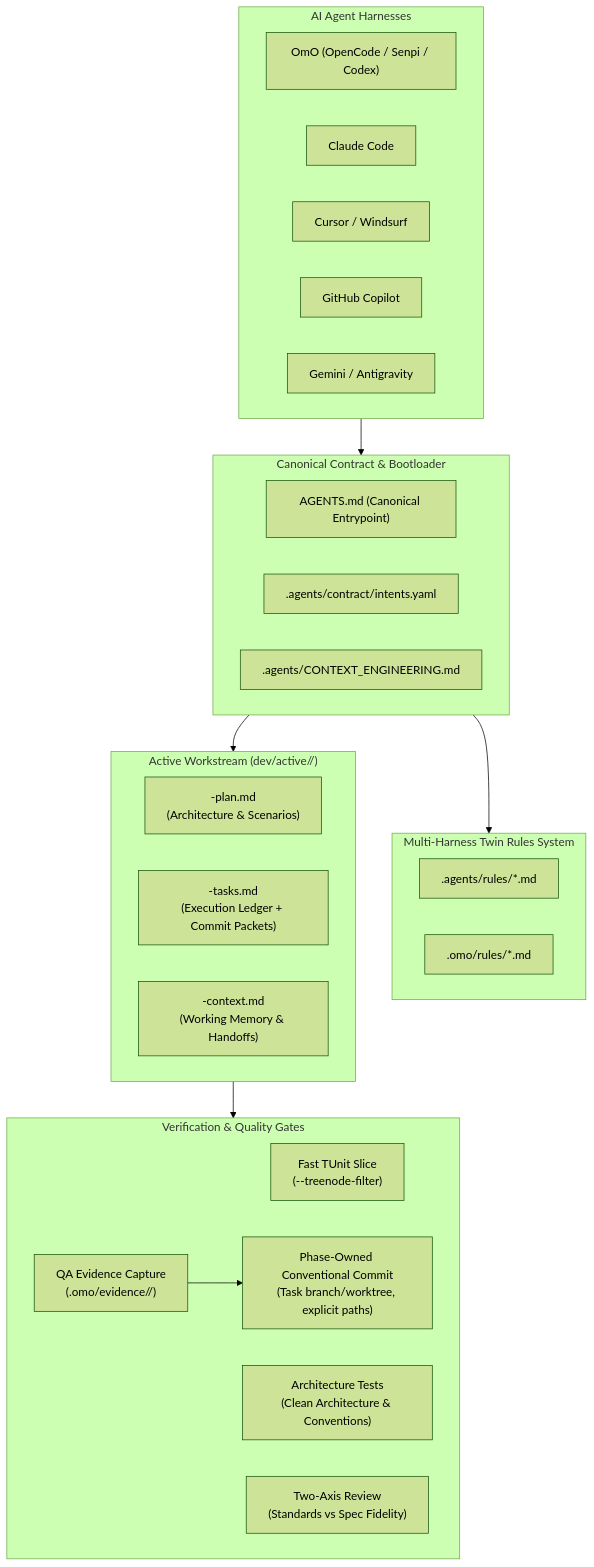
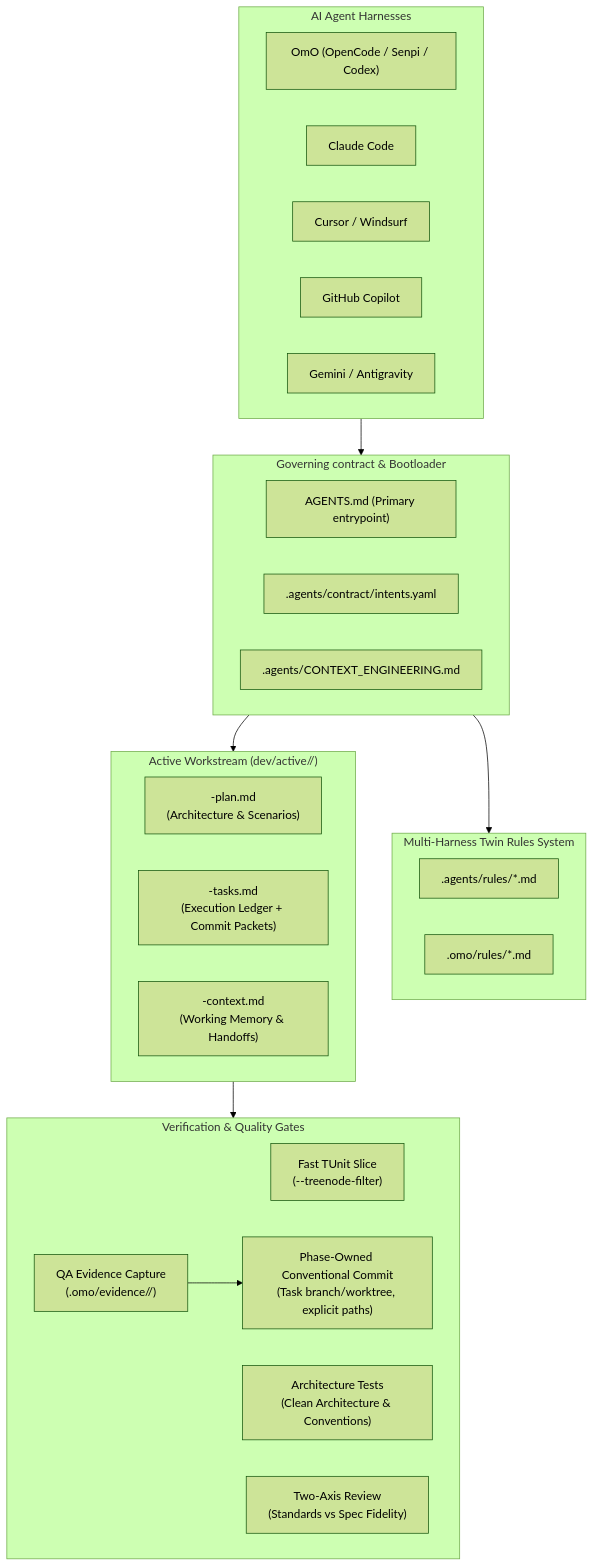
The first of 11 diagrams in docs/internal/AGENTIC_CONTEXT_ENGINEERING.md (islamu-ngo/Event), drawn with Mermaid (forest theme) before and after one commit. The commit also changed other lines of this file and 242 other files, not shown here.

````diff
--- a/docs/internal/AGENTIC_CONTEXT_ENGINEERING.md
+++ b/docs/internal/AGENTIC_CONTEXT_ENGINEERING.md
@@ -28,41 +28,41 @@
 ```mermaid
 flowchart TB
     subgraph Harnesses["AI Agent Harnesses"]
         OmO["OmO (OpenCode / Senpi / Codex)"]
         Claude["Claude Code"]
         Cursor["Cursor / Windsurf"]
         Copilot["GitHub Copilot"]
         Gemini["Gemini / Antigravity"]
     end
 
-    subgraph CoreContract["Canonical Contract & Bootloader"]
-        AgentsMD["AGENTS.md (Canonical Entrypoint)"]
+    subgraph CoreContract["Governing contract & Bootloader"]
+        AgentsMD["AGENTS.md (Primary entrypoint)"]
         IntentsYaml[".agents/contract/intents.yaml"]
         ContextEng[".agents/CONTEXT_ENGINEERING.md"]
     end
 
     subgraph TwinRules["Multi-Harness Twin Rules System"]
         AgentRules[".agents/rules/*.md"]
         OmoRules[".omo/rules/*.md"]
     end
 
     subgraph DevDocTriad["Active Workstream (dev/active/<task>/)"]
         PlanMD["<task>-plan.md\n(Architecture & Scenarios)"]
         TasksMD["<task>-tasks.md\n(Execution Ledger + Commit Packets)"]
         ContextMD["<task>-context.md\n(Working Memory & Handoffs)"]
     end
 
     subgraph Verification["Verification & Quality Gates"]
         TUnitFilter["Fast TUnit Slice\n(--treenode-filter)"]
         ArchTests["Architecture Tests\n(Clean Architecture & Conventions)"]
         TwoAxisReview["Two-Axis Review\n(Standards vs Spec Fidelity)"]
         EvidenceGate["QA Evidence Capture\n(.omo/evidence/<task>/)"]
         PhaseCommit["Phase-Owned Conventional Commit\n(Task branch/worktree, explicit paths)"]
     end
 
     Harnesses --> CoreContract
     CoreContract --> TwinRules
     CoreContract --> DevDocTriad
     DevDocTriad --> Verification
     EvidenceGate --> PhaseCommit
 ```
````
